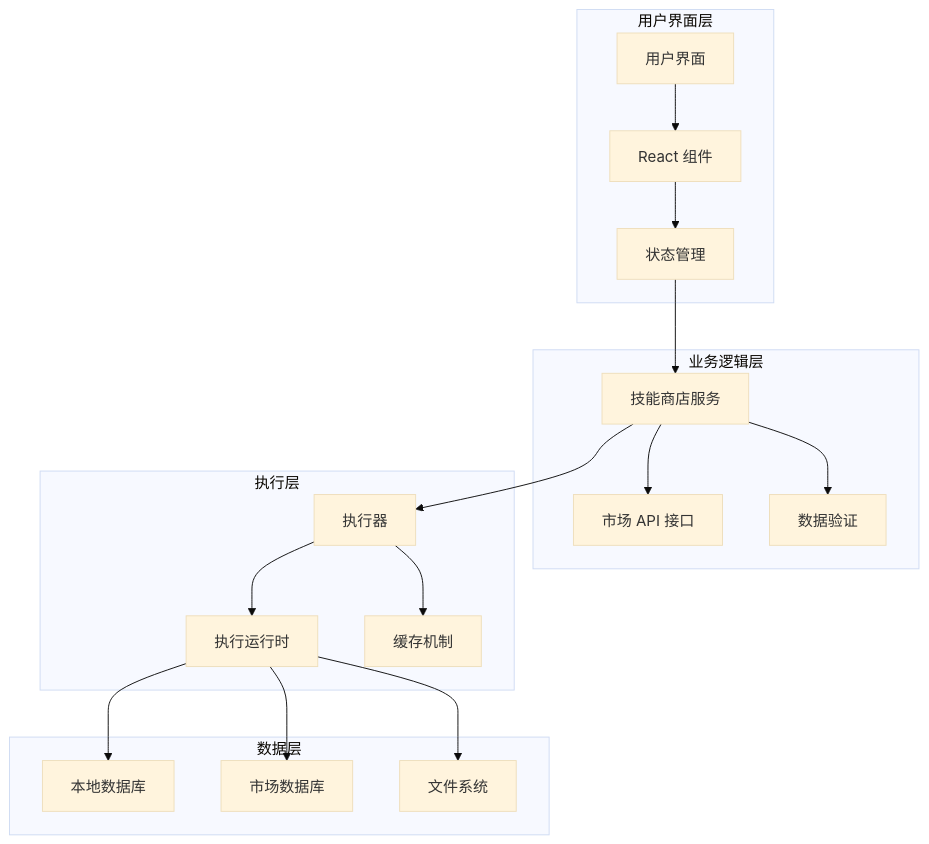
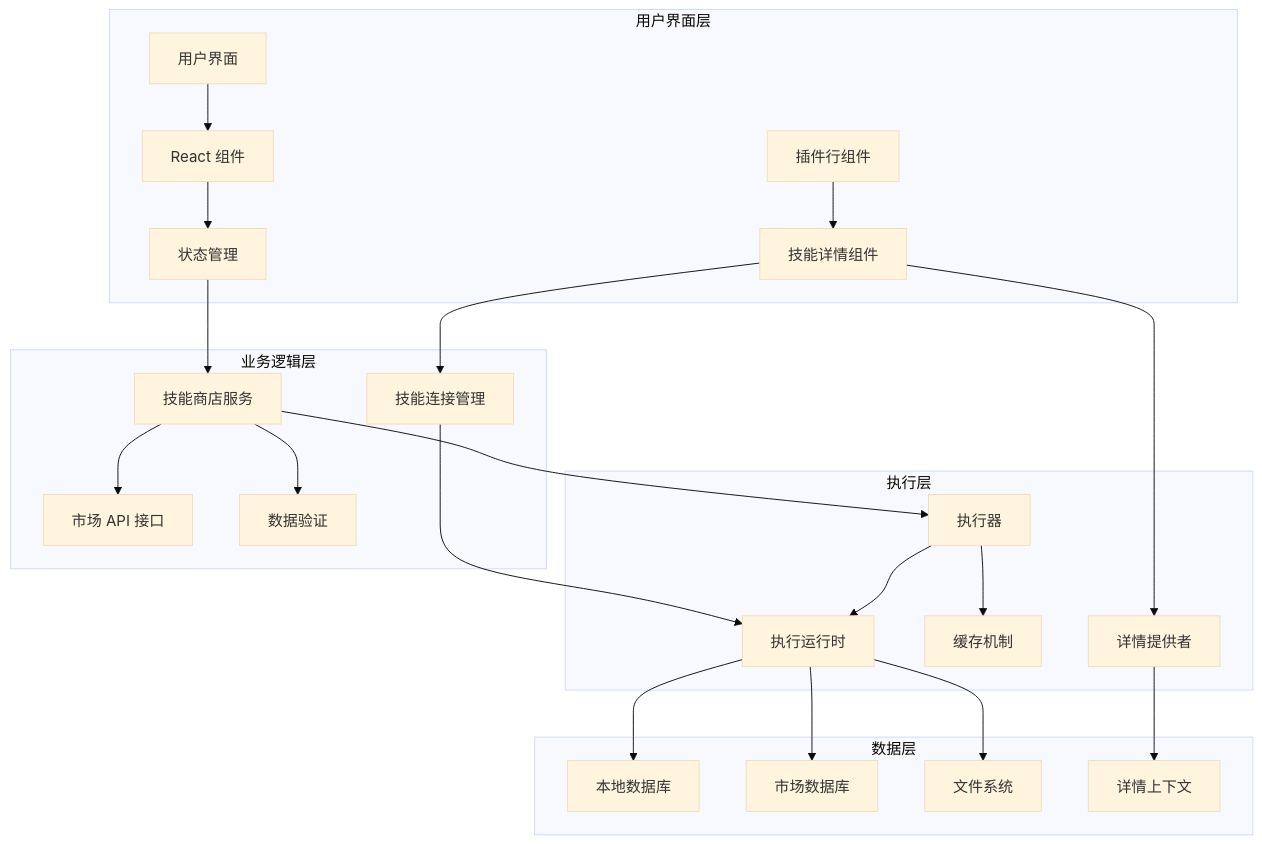
The second of 10 diagrams in .qoder/repowiki/zh/content/核心功能模块/技能市场系统/技能市场系统.md (AvatoLabs/avato), drawn with Mermaid (base theme) before and after one commit. The commit also changed other lines of this file and 7 other files, not shown here.

````diff
--- a/.qoder/repowiki/zh/content/核心功能模块/技能市场系统/技能市场系统.md
+++ b/.qoder/repowiki/zh/content/核心功能模块/技能市场系统/技能市场系统.md
@@ -118,34 +168,44 @@
 ```mermaid
 graph TD
 subgraph "用户界面层"
 UI[用户界面]
 Components[React 组件]
 Store[状态管理]
+SkillDetail[技能详情组件]
+AgentSkillItem[插件行组件]
 end
 subgraph "业务逻辑层"
 SkillStore[技能商店服务]
 MarketAPI[市场 API 接口]
 Validation[数据验证]
+SkillConnect[技能连接管理]
 end
 subgraph "执行层"
 Executor[执行器]
 Runtime[执行运行时]
 Cache[缓存机制]
+DetailProvider[详情提供者]
 end
 subgraph "数据层"
 LocalDB[本地数据库]
 MarketDB[市场数据库]
 FileSystem[文件系统]
+DetailContext[详情上下文]
 end
 UI --> Components
 Components --> Store
 Store --> SkillStore
 SkillStore --> MarketAPI
 SkillStore --> Validation
 SkillStore --> Executor
 Executor --> Runtime
 Executor --> Cache
+SkillDetail --> DetailProvider
+DetailProvider --> DetailContext
+AgentSkillItem --> SkillDetail
+SkillDetail --> SkillConnect
+SkillConnect --> Runtime
 Runtime --> LocalDB
 Runtime --> MarketDB
 Runtime --> FileSystem
 ```
````
